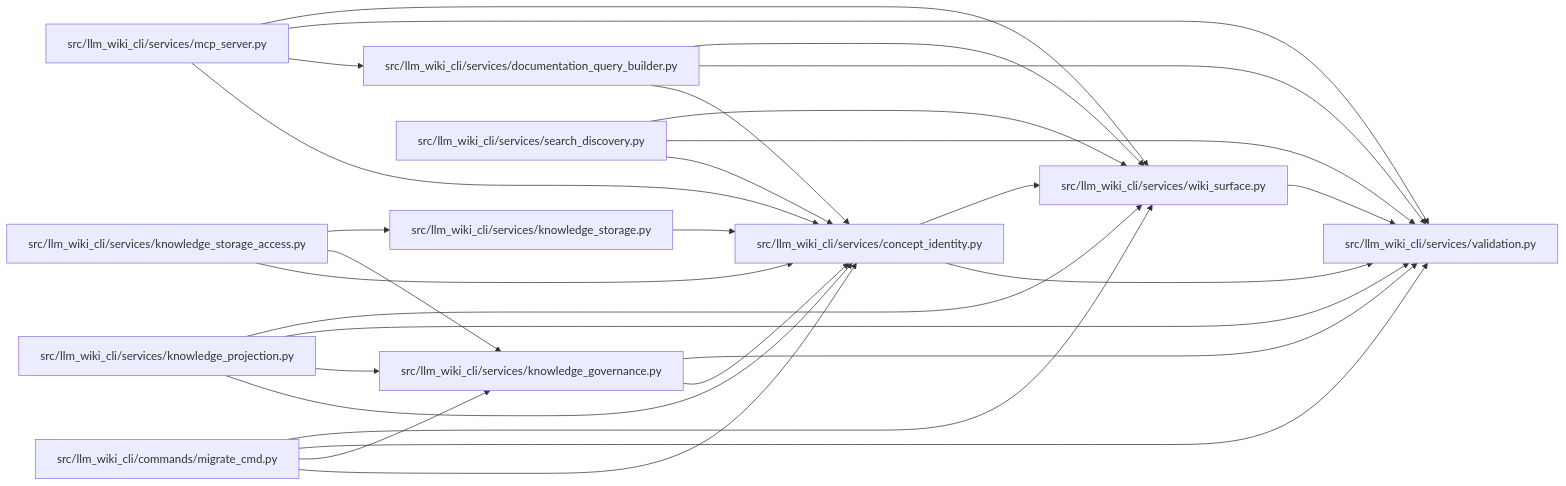
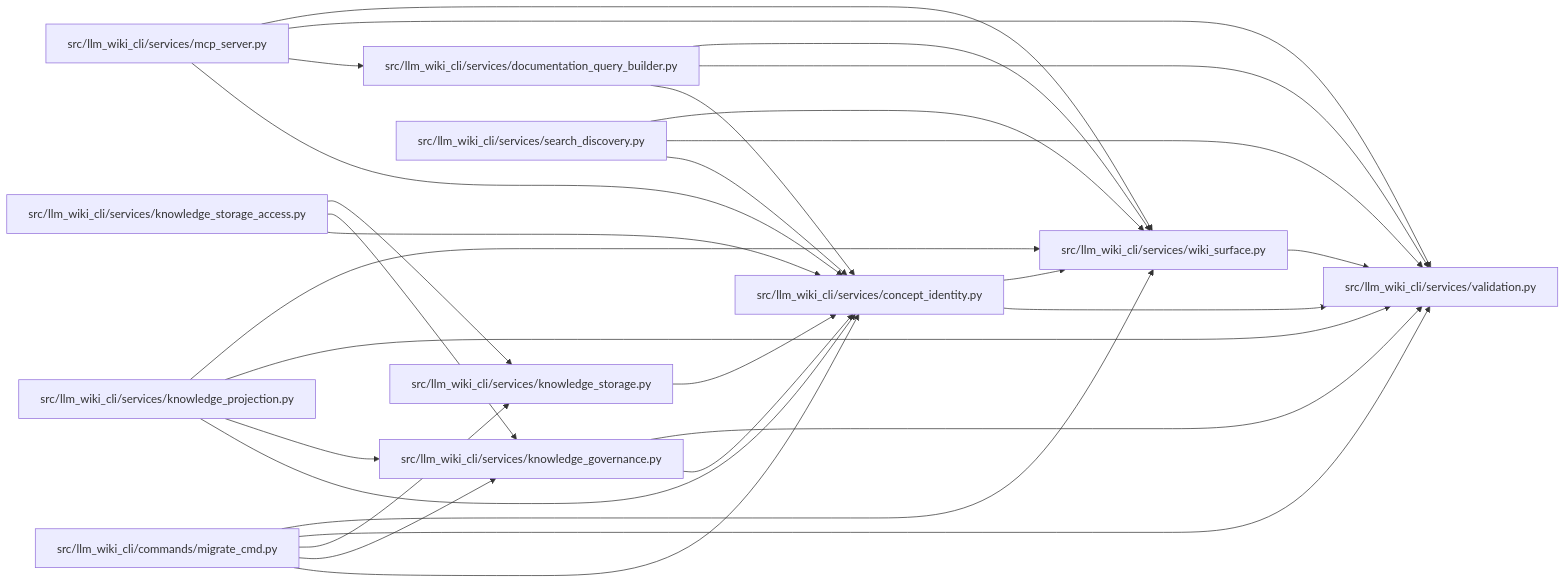
Before and after one commit to Denissvgn/python-wiki-llm: the diagram in docs/llm_wiki/modules/concept_identity.md, drawn with Mermaid. The commit also changed 268 other files, not shown here.

````diff
--- a/docs/llm_wiki/modules/concept_identity.md
+++ b/docs/llm_wiki/modules/concept_identity.md
@@ -41,52 +41,53 @@
 ```mermaid
 flowchart LR
     n0["src/llm_wiki_cli/commands/migrate_cmd.py"]
     n1["src/llm_wiki_cli/services/concept_identity.py"]
     n2["src/llm_wiki_cli/services/documentation_query_builder.py"]
     n3["src/llm_wiki_cli/services/knowledge_governance.py"]
     n4["src/llm_wiki_cli/services/knowledge_projection.py"]
     n5["src/llm_wiki_cli/services/knowledge_storage.py"]
     n6["src/llm_wiki_cli/services/knowledge_storage_access.py"]
     n7["src/llm_wiki_cli/services/mcp_server.py"]
     n8["src/llm_wiki_cli/services/search_discovery.py"]
     n9["src/llm_wiki_cli/services/validation.py"]
     n10["src/llm_wiki_cli/services/wiki_surface.py"]
     n0 --> n1
     n0 --> n3
+    n0 --> n5
     n0 --> n9
     n0 --> n10
     n1 --> n9
     n1 --> n10
     n2 --> n1
     n2 --> n9
     n2 --> n10
     n3 --> n1
     n3 --> n9
     n4 --> n1
     n4 --> n3
     n4 --> n9
     n4 --> n10
     n5 --> n1
     n6 --> n1
     n6 --> n3
     n6 --> n5
     n7 --> n1
     n7 --> n2
     n7 --> n9
     n7 --> n10
     n8 --> n1
     n8 --> n9
     n8 --> n10
     n10 --> n9
     click n0 "../modules/migrate_cmd.md"
     click n1 "../modules/concept_identity.md"
     click n2 "../modules/documentation_query_builder.md"
     click n3 "../modules/knowledge_governance.md"
     click n4 "../modules/knowledge_projection.md"
     click n5 "../modules/knowledge_storage.md"
     click n6 "../modules/knowledge_storage_access.md"
     click n7 "../modules/mcp_server.md"
     click n8 "../modules/search_discovery.md"
     click n9 "../modules/validation.md"
     click n10 "../modules/wiki_surface.md"
 ```
````
